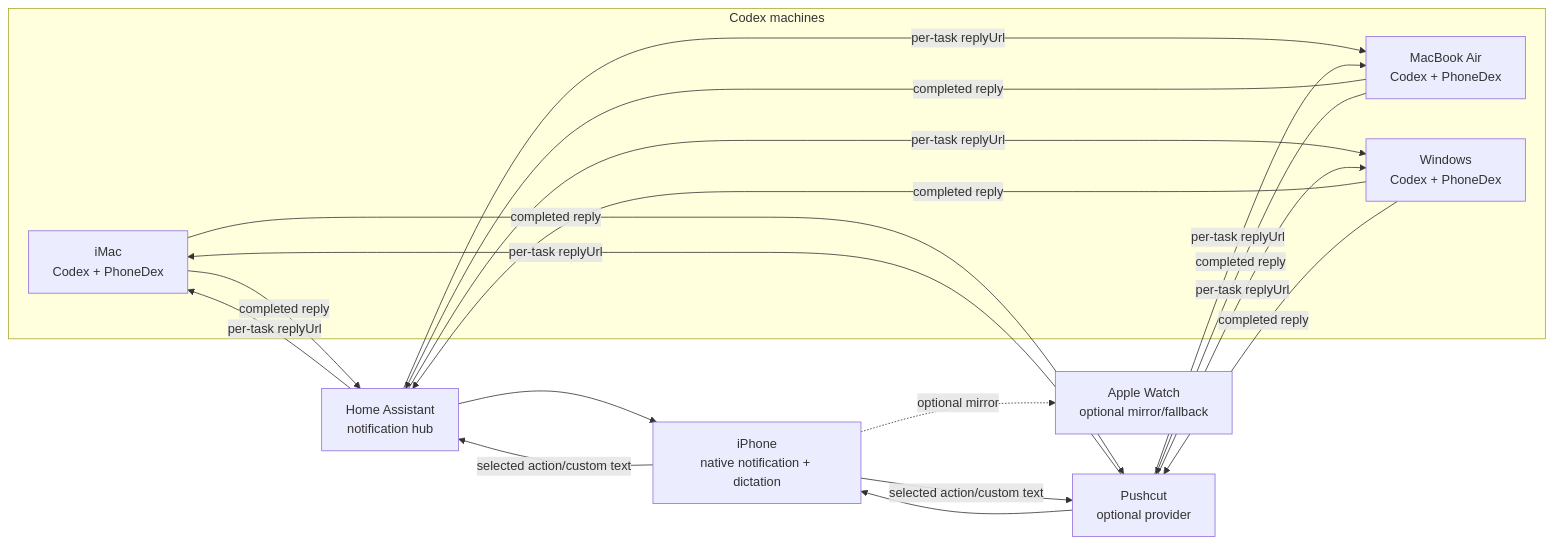
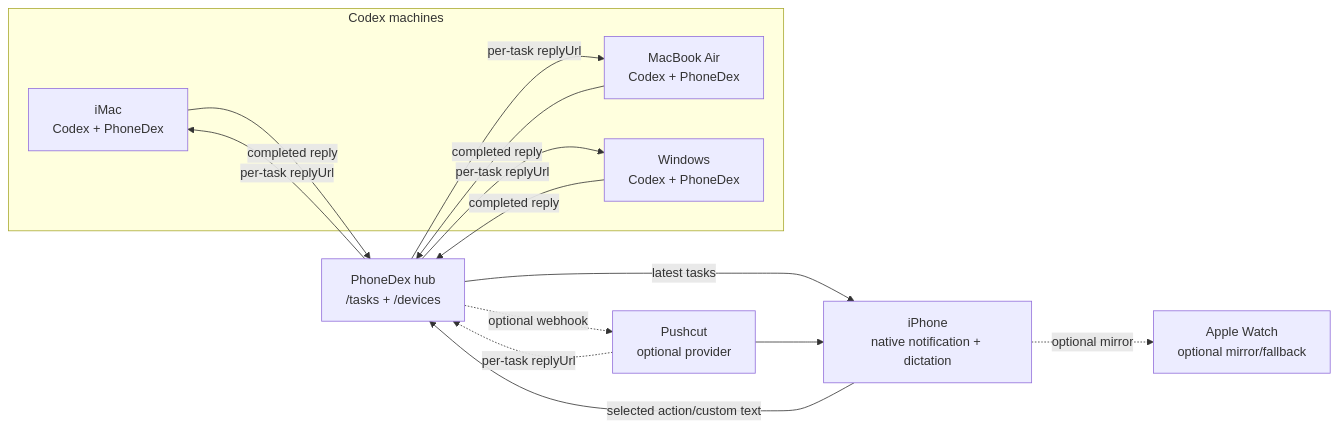
Before and after one commit to nash226/phonedex: the first of 2 diagrams in docs/architecture.md, drawn with Mermaid. The commit also changed other lines of this file and 11 other files, not shown here.

Commit message:
Remove Home Assistant fallback

````diff
--- a/docs/architecture.md
+++ b/docs/architecture.md
@@ -23,31 +25,26 @@
 ```mermaid
 flowchart LR
   subgraph Machines["Codex machines"]
     IMac["iMac\nCodex + PhoneDex"]
     Air["MacBook Air\nCodex + PhoneDex"]
     Win["Windows\nCodex + PhoneDex"]
   end
 
-  HA["Home Assistant\nnotification hub"]
+  Hub["PhoneDex hub\n/tasks + /devices"]
   Pushcut["Pushcut\noptional provider"]
   Phone["iPhone\nnative notification + dictation"]
   Watch["Apple Watch\noptional mirror/fallback"]
 
-  IMac -- completed reply --> HA
-  Air -- completed reply --> HA
-  Win -- completed reply --> HA
-  IMac -- completed reply --> Pushcut
-  Air -- completed reply --> Pushcut
-  Win -- completed reply --> Pushcut
-  HA --> Phone
+  IMac -- completed reply --> Hub
+  Air -- completed reply --> Hub
+  Win -- completed reply --> Hub
+  Hub -- latest tasks --> Phone
+  Hub -. optional webhook .-> Pushcut
   Pushcut --> Phone
   Phone -. optional mirror .-> Watch
-  Phone -- selected action/custom text --> HA
-  Phone -- selected action/custom text --> Pushcut
-  HA -- per-task replyUrl --> IMac
-  HA -- per-task replyUrl --> Air
-  HA -- per-task replyUrl --> Win
-  Pushcut -- per-task replyUrl --> IMac
-  Pushcut -- per-task replyUrl --> Air
-  Pushcut -- per-task replyUrl --> Win
+  Phone -- selected action/custom text --> Hub
+  Hub -- per-task replyUrl --> IMac
+  Hub -- per-task replyUrl --> Air
+  Hub -- per-task replyUrl --> Win
+  Pushcut -. per-task replyUrl .-> Hub
 ```
````
